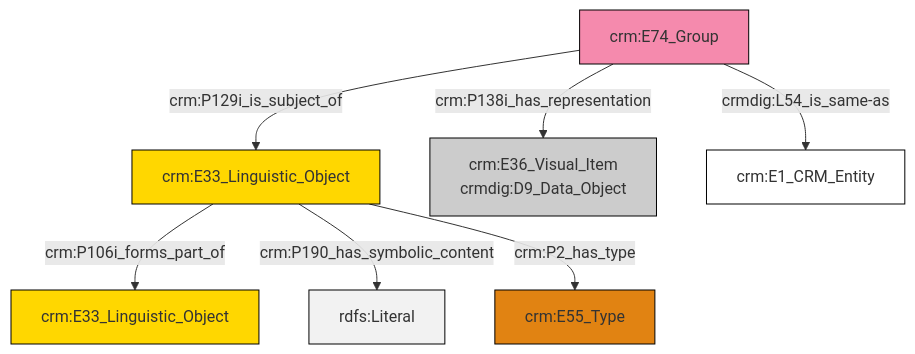
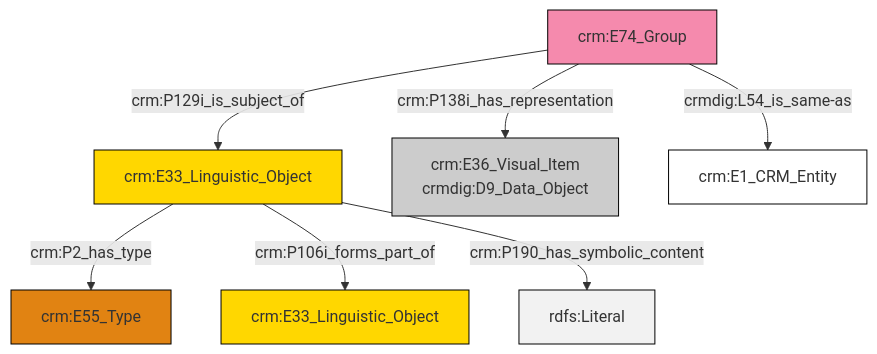
The diagram in et/groupCSV/ttl/mmd/group_documentation.ttl.mmd (swiss-art-research-net/reference-data-models), drawn with Mermaid before and after one commit. The commit also changed 126 other files, not shown here.

```diff
--- a/et/groupCSV/ttl/mmd/group_documentation.ttl.mmd
+++ b/et/groupCSV/ttl/mmd/group_documentation.ttl.mmd
@@ -1,21 +1,21 @@
 graph TD
 classDef Literal fill:#f2f2f2,stroke:#000000;
 classDef CRM_Entity fill:#FFFFFF,stroke:#000000;
 classDef Temporal_Entity fill:#00C9E6, stroke:#000000;
 classDef Type fill:#E18312, stroke:#000000;
 classDef Time-Span fill:#2C9C91, stroke:#000000;
 classDef Appellation fill:#FFEB7F, stroke:#000000;
 classDef Place fill:#008836, stroke:#000000;
 classDef Persistent_Item fill:#B266B2, stroke:#000000;
 classDef Conceptual_Object fill:#FFD700, stroke:#000000;
 classDef Physical_Thing fill:#D2B48C, stroke:#000000;
 classDef Actor fill:#f58aad, stroke:#000000;
 classDef PC_Classes fill:#4ce600, stroke:#000000;
 classDef Multi fill:#cccccc,stroke:#000000;
 
-2["crm:E33_Linguistic_Object"]:::Conceptual_Object -->|crm:P106i_forms_part_of| 3["crm:E33_Linguistic_Object"]:::Conceptual_Object
-0["crm:E74_Group"]:::Actor -->|crmdig:L54_is_same-as| 7["crm:E1_CRM_Entity"]:::CRM_Entity
-2["crm:E33_Linguistic_Object"]:::Conceptual_Object -->|crm:P190_has_symbolic_content| 8[rdfs:Literal]:::Literal
-2["crm:E33_Linguistic_Object"]:::Conceptual_Object -->|crm:P2_has_type| 10["crm:E55_Type"]:::Type
-0["crm:E74_Group"]:::Actor -->|crm:P138i_has_representation| 4["crm:E36_Visual_Item<br>crmdig:D9_Data_Object"]:::Multi
-0["crm:E74_Group"]:::Actor -->|crm:P129i_is_subject_of| 2["crm:E33_Linguistic_Object"]:::Conceptual_Object
+0["crm:E74_Group"]:::Actor -->|crm:P129i_is_subject_of| 1["crm:E33_Linguistic_Object"]:::Conceptual_Object
+0["crm:E74_Group"]:::Actor -->|crm:P138i_has_representation| 2["crm:E36_Visual_Item<br>crmdig:D9_Data_Object"]:::Multi
+1["crm:E33_Linguistic_Object"]:::Conceptual_Object -->|crm:P2_has_type| 3["crm:E55_Type"]:::Type
+1["crm:E33_Linguistic_Object"]:::Conceptual_Object -->|crm:P106i_forms_part_of| 10["crm:E33_Linguistic_Object"]:::Conceptual_Object
+1["crm:E33_Linguistic_Object"]:::Conceptual_Object -->|crm:P190_has_symbolic_content| 12[rdfs:Literal]:::Literal
+0["crm:E74_Group"]:::Actor -->|crmdig:L54_is_same-as| 13["crm:E1_CRM_Entity"]:::CRM_Entity
```
